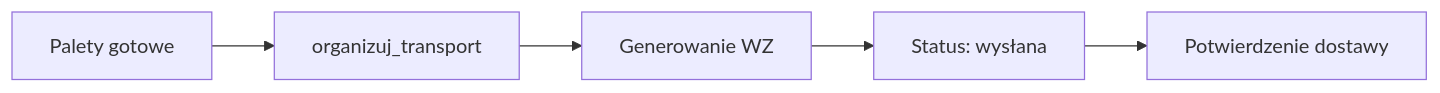
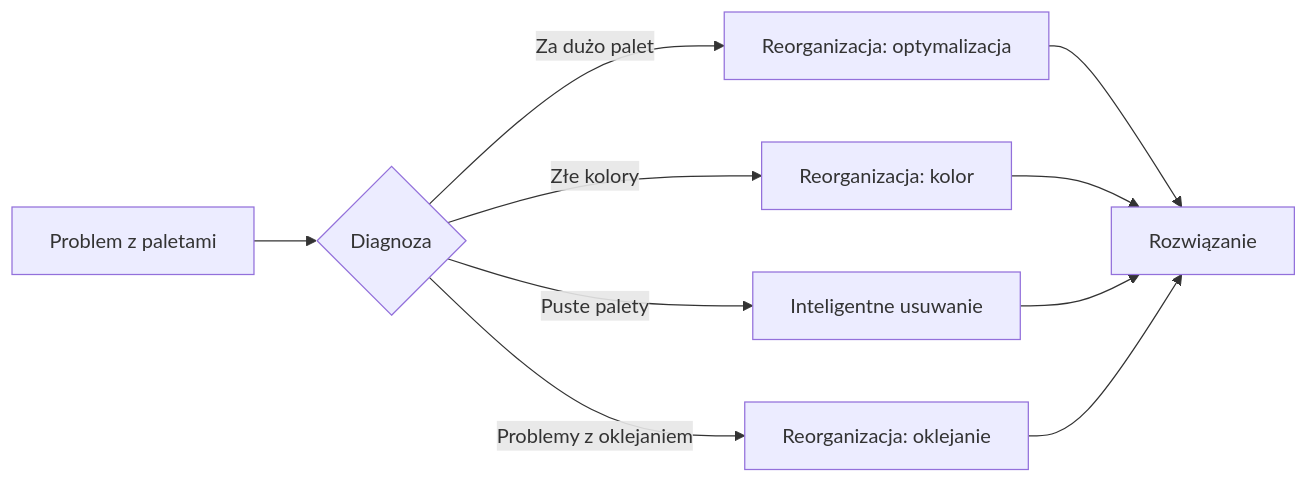
Before and after one commit to marlowX/AlpApp: the third of 3 diagrams in apps/zko/src/modules/zko/components/PaletyManager/README.md, drawn with Mermaid. The commit also changed other lines of this file and 11 other files, not shown here.

Commit message:
feat: PaletyManager V5 - nowe funkcje zarz─ůdzania paletami

````diff
--- a/apps/zko/src/modules/zko/components/PaletyManager/README.md
+++ b/apps/zko/src/modules/zko/components/PaletyManager/README.md
@@ -205,7 +275,12 @@
 ```mermaid
 graph LR
-    A[Palety gotowe] --> B[organizuj_transport]
-    B --> C[Generowanie WZ]
-    C --> D[Status: wysłana]
-    D --> E[Potwierdzenie dostawy]
+    A[Problem z paletami] --> B{Diagnoza}
+    B -->|Za dużo palet| C[Reorganizacja: optymalizacja]
+    B -->|Złe kolory| D[Reorganizacja: kolor]
+    B -->|Puste palety| E[Inteligentne usuwanie]
+    B -->|Problemy z oklejaniem| F[Reorganizacja: oklejanie]
+    C --> G[Rozwiązanie]
+    D --> G
+    E --> G
+    F --> G
 ```
````
